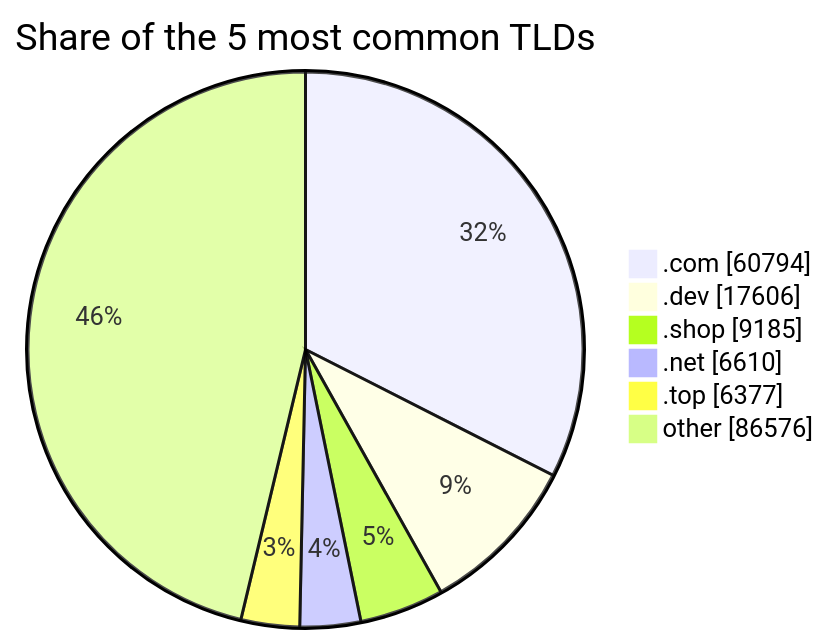
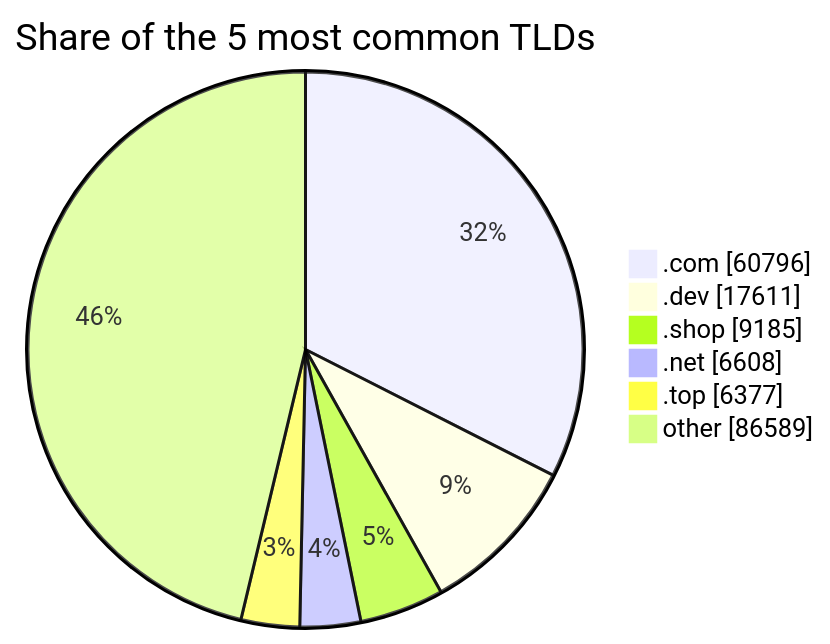
The third of 3 diagrams in README.md (DNSBunker/CTI), drawn with Mermaid before and after one commit. The commit also changed other lines of this file and 3 other files, not shown here.

````diff
--- a/README.md
+++ b/README.md
@@ -81,9 +81,9 @@
 ```mermaid
 pie showData title Share of the 5 most common TLDs
-    ".com" : 60794
-    ".dev" : 17606
+    ".com" : 60796
+    ".dev" : 17611
     ".shop" : 9185
-    ".net" : 6610
+    ".net" : 6608
     ".top" : 6377
-    "other" : 86576
+    "other" : 86589
 ```
````
